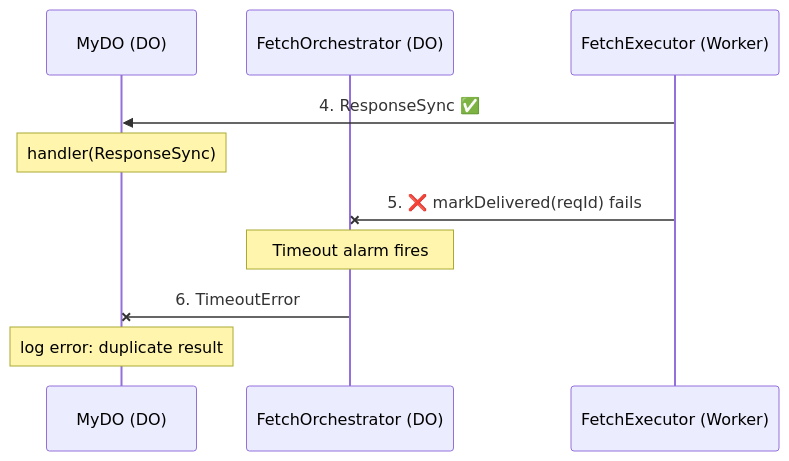
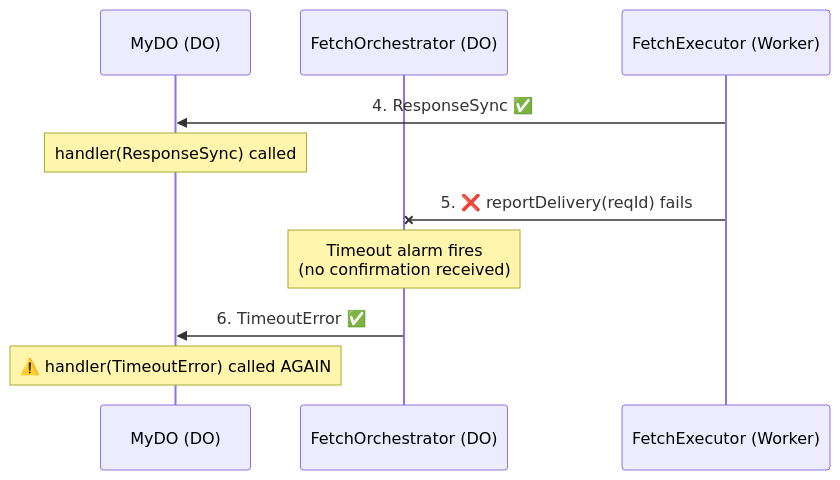
The sixth of 7 diagrams in website/docs/proxy-fetch/architecture-and-failure-modes.mdx (lumenize/lumenize), drawn with Mermaid before and after one commit. The commit also changed other lines of this file and 29 other files, not shown here.

````diff
--- a/website/docs/proxy-fetch/architecture-and-failure-modes.mdx
+++ b/website/docs/proxy-fetch/architecture-and-failure-modes.mdx
@@ -394,17 +396,16 @@
 ```mermaid @skip-check
 sequenceDiagram
     participant MyDO as MyDO (DO)
     participant Orch as FetchOrchestrator (DO)
     participant Exec as FetchExecutor (Worker)
 
     Exec->>MyDO: 4. ResponseSync ✅
-    Note over MyDO: handler(ResponseSync)
+    Note over MyDO: handler(ResponseSync) called
     
-    Exec-xOrch: 5. ❌ markDelivered(reqId) fails
+    Exec-xOrch: 5. ❌ reportDelivery(reqId) fails
     
-    Note over Orch: Timeout alarm fires
+    Note over Orch: Timeout alarm fires<br/>(no confirmation received)
     
-    Orch-xMyDO: 6. TimeoutError
-    
-    Note over MyDO: log error: duplicate result
+    Orch->>MyDO: 6. TimeoutError ✅
+    Note over MyDO: ⚠️ handler(TimeoutError) called AGAIN
 ```
````
